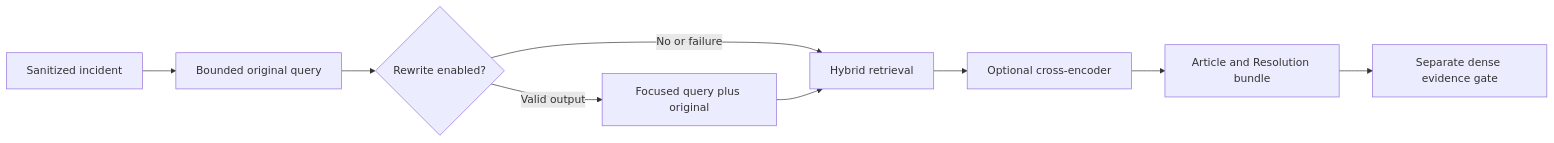
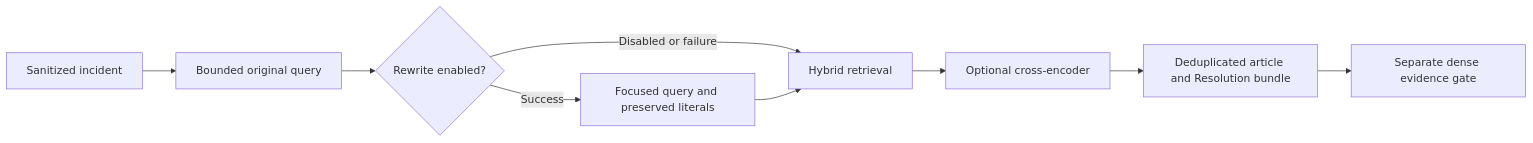
The diagram in docs/retrieval_query_rewrite_and_reranking.md (MoHatemTC/barq-sprints-agentic-incident-resolution-platform-g1), drawn with Mermaid before and after one commit. The commit also changed other lines of this file and 45 other files, not shown here.

````diff
--- a/docs/retrieval_query_rewrite_and_reranking.md
+++ b/docs/retrieval_query_rewrite_and_reranking.md
@@ -60,11 +44,11 @@
 ```mermaid
 flowchart LR
     I[Sanitized incident] --> Q[Bounded original query]
     Q --> R{Rewrite enabled?}
-    R -->|No or failure| H[Hybrid retrieval]
-    R -->|Valid output| A[Focused query plus original]
-    A --> H
+    R -->|Disabled or failure| H[Hybrid retrieval]
+    R -->|Success| F[Focused query and preserved literals]
+    F --> H
     H --> C[Optional cross-encoder]
-    C --> B[Article and Resolution bundle]
+    C --> B[Deduplicated article and Resolution bundle]
     B --> G[Separate dense evidence gate]
 ```
````
